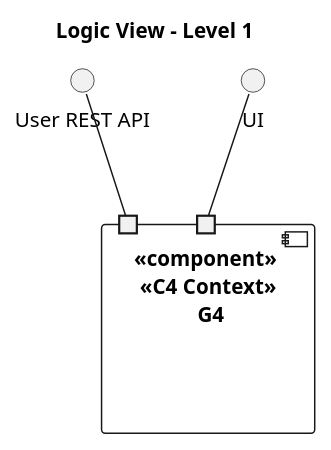
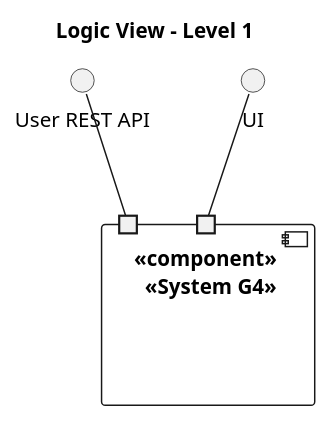
One commit to Loracline/project_switch_22-23 changed the first of 4 diagrams in docs/architectural_design_model/logic_view.puml. Above: the diagram before and after it, drawn with PlantUML. The commit also changed other lines of this file and 2 other files, not shown here.

Commit message:
NO US : Update of architectural design model references #675

```diff
--- a/docs/architectural_design_model/logic_view.puml
+++ b/docs/architectural_design_model/logic_view.puml
@@ -1,11 +1,11 @@
 @startuml
 title Logic View - Level 1
 () "User REST API" as API
 () "UI" as UI
-component "<<component>> \n <<C4 Context>> \n G4" as G4 {
+component "<<component>> \n <<System G4>>" as G4 {
 port " "
 port "  "
 UI -- "  "
 API -- " "
 }
 @enduml
```
